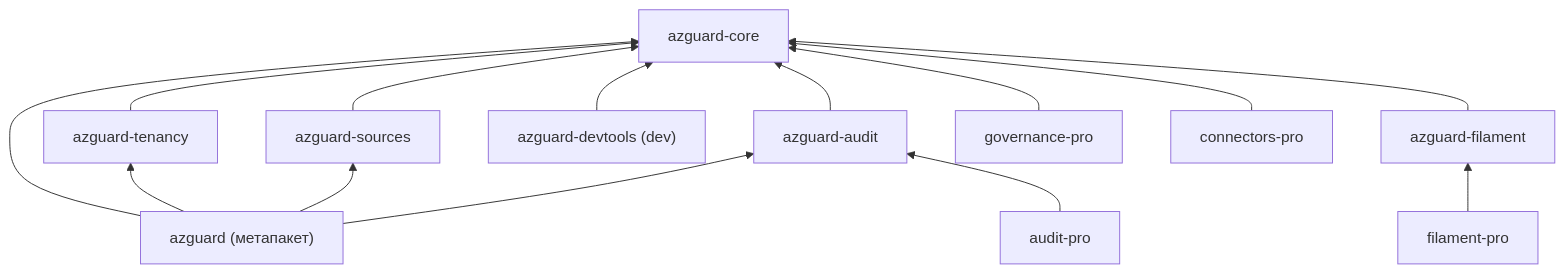
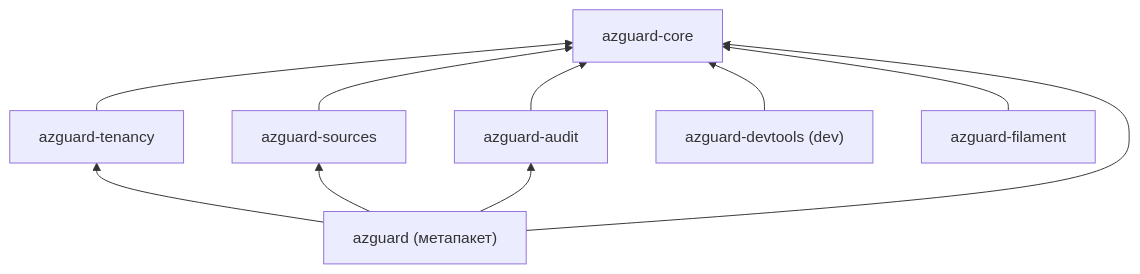
The first of 3 diagrams in audits/2026-10-09-architecture-modularization.md (axiomasoft/azguard-private), drawn with Mermaid before and after one commit. The commit also changed other lines of this file, not shown here.

First line of the commit message:
docs(audit): de-emphasize paid tiers to a short undecided note

````diff
--- a/audits/2026-10-09-architecture-modularization.md
+++ b/audits/2026-10-09-architecture-modularization.md
@@ -513,14 +419,10 @@
 ```mermaid
 flowchart BT
   core["azguard-core"]
   tenancy["azguard-tenancy"] --> core
   sources["azguard-sources"] --> core
   audit["azguard-audit"] --> core
   devtools["azguard-devtools (dev)"] --> core
   filament["azguard-filament"] --> core
   meta["azguard (метапакет)"] --> core & tenancy & sources & audit
-  fpro["filament-pro"] --> filament
-  apro["audit-pro"] --> audit
-  gpro["governance-pro"] --> core
-  cpro["connectors-pro"] --> core
 ```
````
